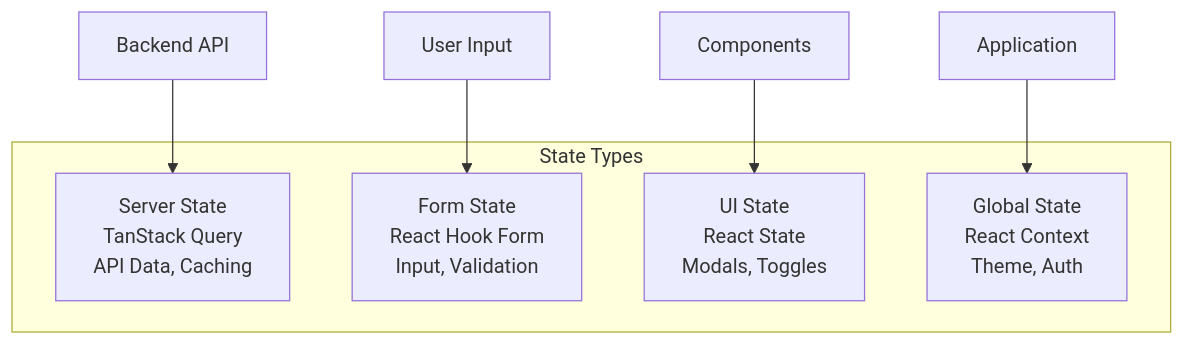
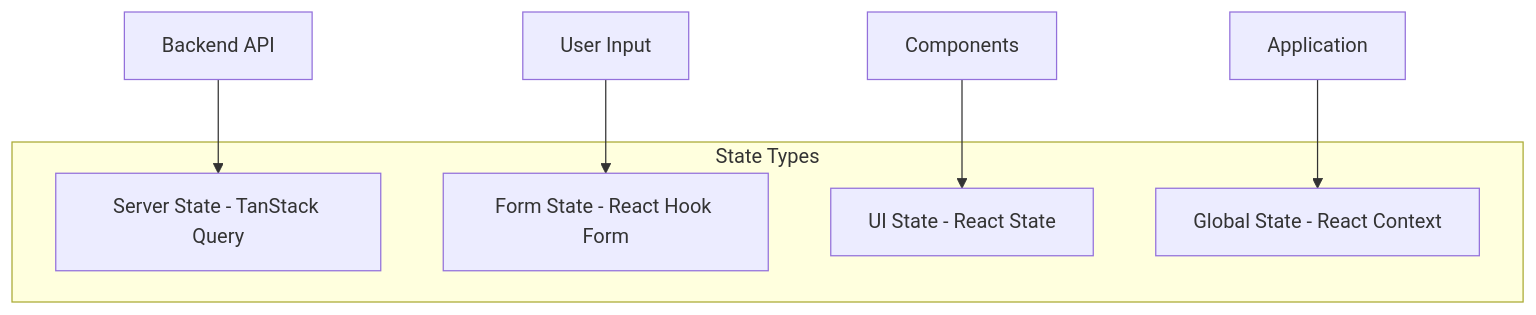
Before and after one commit to devnguyen0111/cryoweb: the tenth of 12 diagrams in ARCHITECTURE_OVERVIEW.md, drawn with Mermaid. The commit also changed other lines of this file, not shown here.

Commit message:
Refactor architecture overview: update component descriptions in diagrams for clarity and consistency, enhancing readability of the application structure and technology stack.

````diff
--- a/ARCHITECTURE_OVERVIEW.md
+++ b/ARCHITECTURE_OVERVIEW.md
@@ -513,14 +513,14 @@
 ```mermaid
 graph TB
     subgraph "State Types"
-        Server[Server State<br/>TanStack Query<br/>API Data, Caching]
-        Form[Form State<br/>React Hook Form<br/>Input, Validation]
-        UI[UI State<br/>React State<br/>Modals, Toggles]
-        Global[Global State<br/>React Context<br/>Theme, Auth]
+        Server["Server State - TanStack Query"]
+        Form["Form State - React Hook Form"]
+        UI["UI State - React State"]
+        Global["Global State - React Context"]
     end
 
-    API[Backend API] --> Server
-    User[User Input] --> Form
-    Components[Components] --> UI
-    App[Application] --> Global
+    API["Backend API"] --> Server
+    User["User Input"] --> Form
+    Components["Components"] --> UI
+    App["Application"] --> Global
 ```
````
